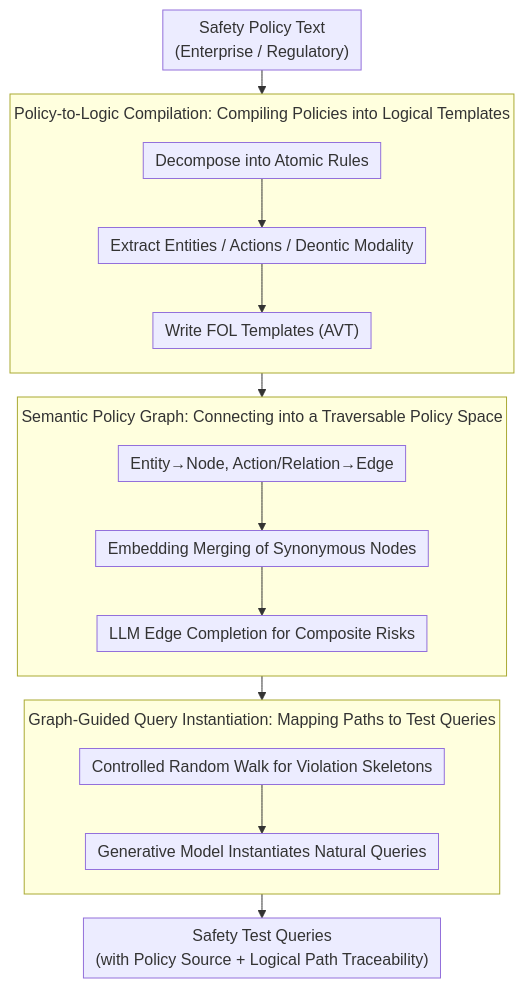
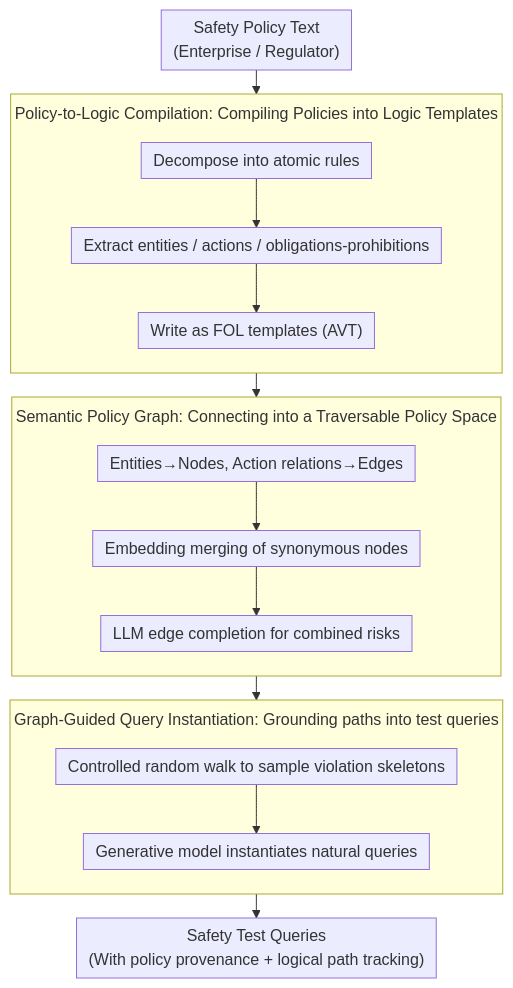
Before and after one commit to zhaoyang97/Paper-Notes-en: the diagram in docs/ACL2026/llm_evaluation/inverting_the_shield_systematically_generating_safety_tests_from_policy_specific.md, drawn with Mermaid. The commit also changed other lines of this file and 5084 other files, not shown here.

````diff
--- a/docs/ACL2026/llm_evaluation/inverting_the_shield_systematically_generating_safety_tests_from_policy_specific.md
+++ b/docs/ACL2026/llm_evaluation/inverting_the_shield_systematically_generating_safety_tests_from_policy_specific.md
@@ -41,20 +41,20 @@
 ```mermaid
 %%{init: {'flowchart': {'rankSpacing': 24, 'nodeSpacing': 28, 'padding': 6, 'wrappingWidth': 400, 'subGraphTitleMargin': {'top': 8, 'bottom': 16}}}}%%
 flowchart TD
-    IN["Safety Policy Text<br/>(Enterprise / Regulatory)"] --> S1
-    subgraph S1["Policy-to-Logic Compilation: Compiling Policies into Logical Templates"]
+    IN["Safety Policy Text<br/>(Enterprise / Regulator)"] --> S1
+    subgraph S1["Policy-to-Logic Compilation: Compiling Policies into Logic Templates"]
         direction TB
-        A1["Decompose into Atomic Rules"] --> A2["Extract Entities / Actions / Deontic Modality"] --> A3["Write FOL Templates (AVT)"]
+        A1["Decompose into atomic rules"] --> A2["Extract entities / actions / obligations-prohibitions"] --> A3["Write as FOL templates (AVT)"]
     end
     S1 --> S2
     subgraph S2["Semantic Policy Graph: Connecting into a Traversable Policy Space"]
         direction TB
-        B1["Entity→Node, Action/Relation→Edge"] --> B2["Embedding Merging of Synonymous Nodes"] --> B3["LLM Edge Completion for Composite Risks"]
+        B1["Entities→Nodes, Action relations→Edges"] --> B2["Embedding merging of synonymous nodes"] --> B3["LLM edge completion for combined risks"]
     end
     S2 --> S3
-    subgraph S3["Graph-Guided Query Instantiation: Mapping Paths to Test Queries"]
+    subgraph S3["Graph-Guided Query Instantiation: Grounding paths into test queries"]
         direction TB
-        C1["Controlled Random Walk for Violation Skeletons"] --> C2["Generative Model Instantiates Natural Queries"]
+        C1["Controlled random walk to sample violation skeletons"] --> C2["Generative model instantiates natural queries"]
     end
-    S3 --> OUT["Safety Test Queries<br/>(with Policy Source + Logical Path Traceability)"]
+    S3 --> OUT["Safety Test Queries<br/>(With policy provenance + logical path tracking)"]
 ```
````
